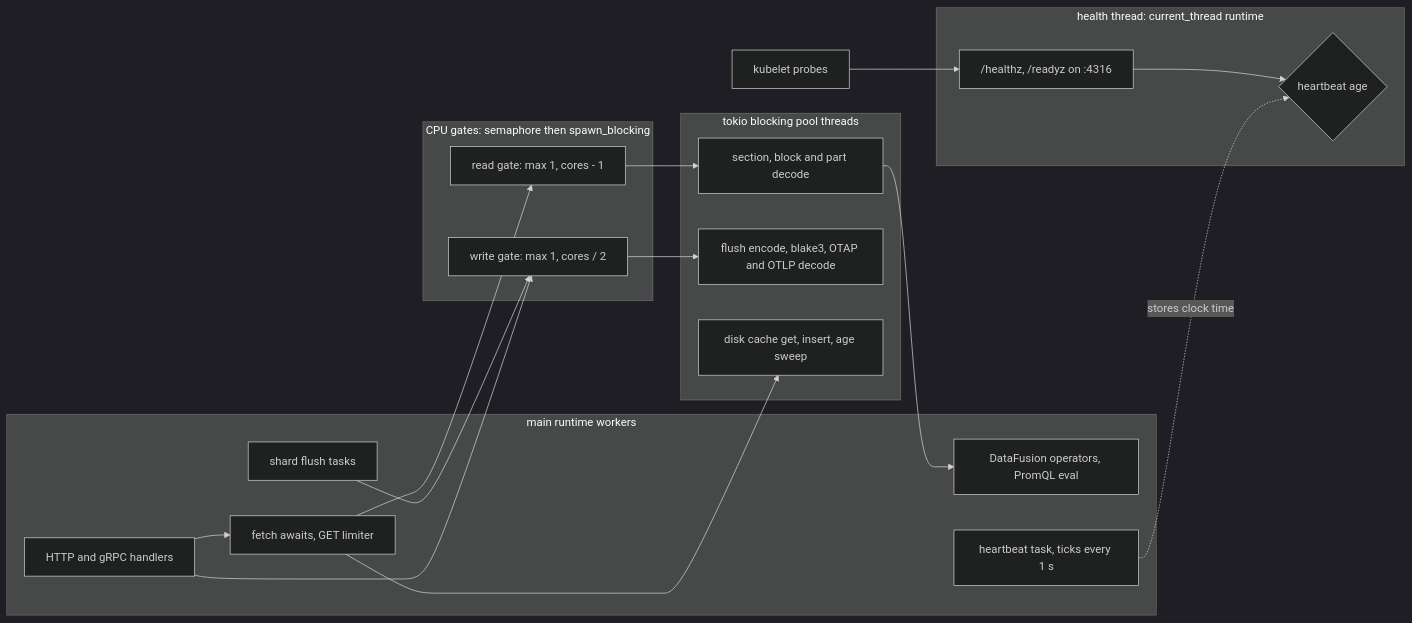
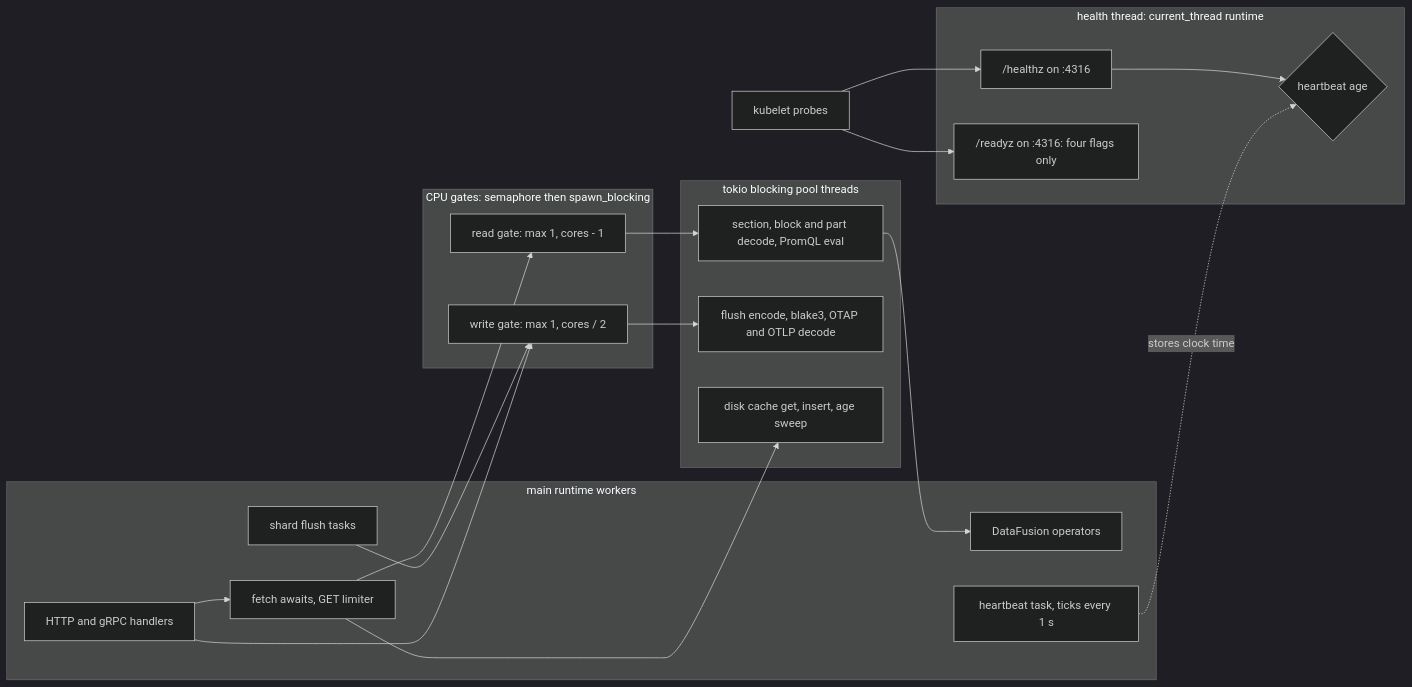
Before and after one commit to NOFireAI/ravel: the diagram in docs/adrs/1702-cpu-gate-and-isolated-liveness.md, drawn with Mermaid (dark theme). The commit also changed other lines of this file and 2 other files, not shown here.

````diff
--- a/docs/adrs/1702-cpu-gate-and-isolated-liveness.md
+++ b/docs/adrs/1702-cpu-gate-and-isolated-liveness.md
@@ -230,31 +243,33 @@
 ```mermaid
 flowchart LR
     subgraph health [health thread: current_thread runtime]
-        H["/healthz, /readyz on :4316"]
+        H["/healthz on :4316"]
+        RZ["/readyz on :4316: four flags only"]
         HB{heartbeat age}
         H --> HB
     end
     subgraph workers [main runtime workers]
         R[HTTP and gRPC handlers]
         F[fetch awaits, GET limiter]
-        Q[DataFusion operators, PromQL eval]
+        Q[DataFusion operators]
         T[heartbeat task, ticks every 1 s]
         FL[shard flush tasks]
     end
     subgraph gates [CPU gates: semaphore then spawn_blocking]
         GR[read gate: max 1, cores - 1]
         GW[write gate: max 1, cores / 2]
     end
     subgraph blocking [tokio blocking pool threads]
-        D[section, block and part decode]
+        D[section, block and part decode, PromQL eval]
         E[flush encode, blake3, OTAP and OTLP decode]
         IO[disk cache get, insert, age sweep]
     end
     K[kubelet probes] --> H
+    K --> RZ
     T -. stores clock time .-> HB
     R --> F --> GR --> D
     FL --> GW
     R --> GW --> E
     F --> IO
     D --> Q
 ```
````
